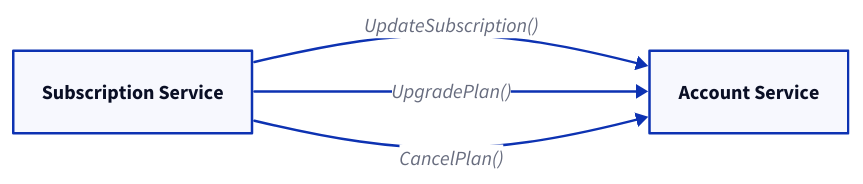
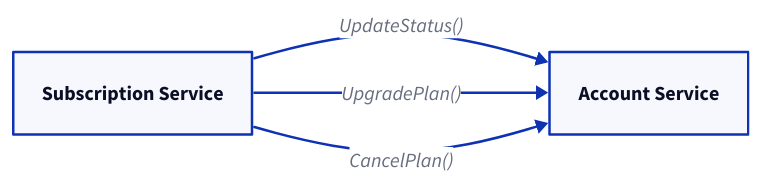
Before and after one commit to link1905/system-design-101: the seventh of 15 diagrams in content/web-service/microservice.md, drawn with D2. The commit also changed other lines of this file and 13 other files, not shown here.

````diff
--- a/content/web-service/microservice.md
+++ b/content/web-service/microservice.md
@@ -355,13 +338,13 @@
 ```d2
 direction: right
 a: Subscription Service {
     class: server
 }
 b: Account Service {
     class: server
 }
 
-a -> b: "UpdateSubscription()"
+a -> b: "UpdateStatus()"
 a -> b: "UpgradePlan()"
 a -> b: "CancelPlan()"
 ```
````
